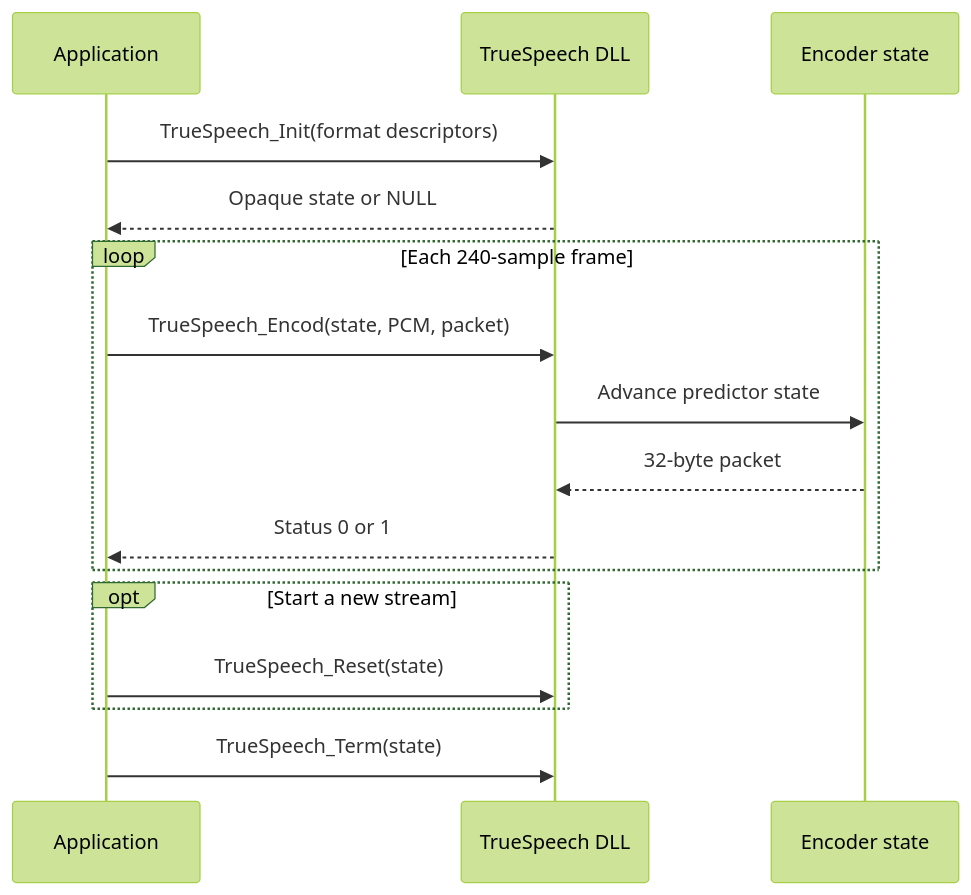
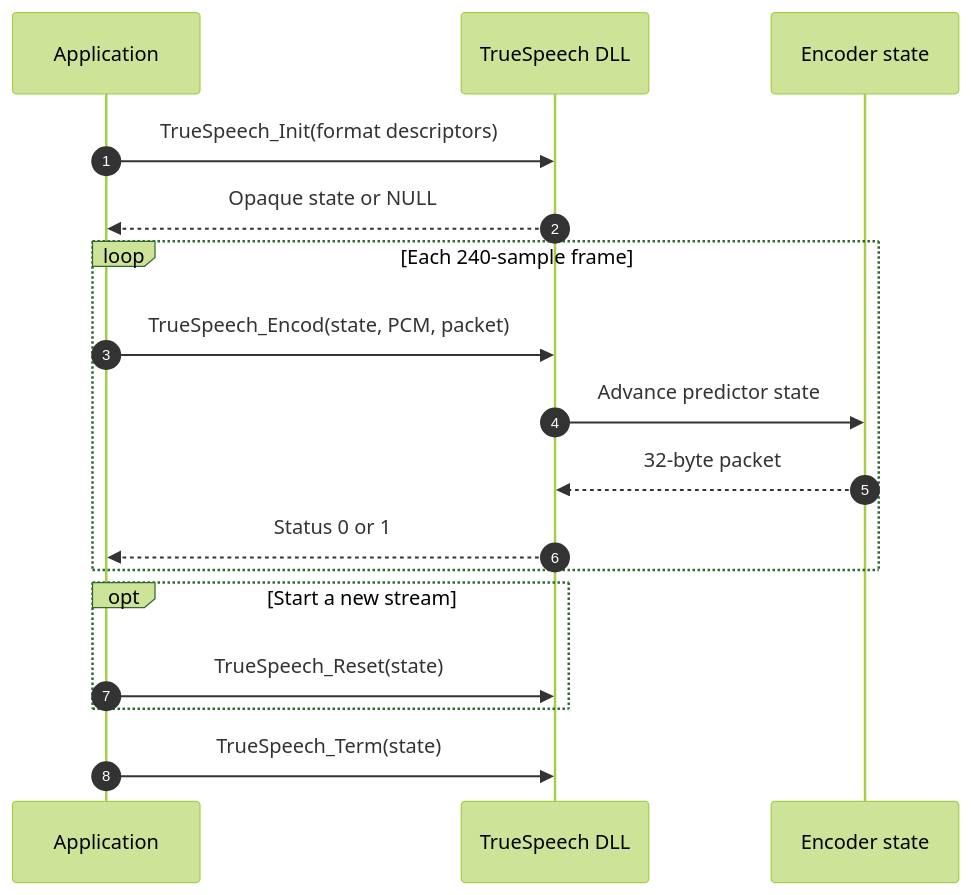
One commit to younsabood/truespeech changed the second of 2 diagrams in docs/windows-abi.md. Above: the diagram before and after it, drawn with Mermaid (forest theme). The commit also changed other lines of this file and 11 other files, not shown here.

````diff
--- a/docs/windows-abi.md
+++ b/docs/windows-abi.md
@@ -23,18 +45,19 @@
 ```mermaid
 sequenceDiagram
     participant App as Application
     participant ABI as TrueSpeech DLL
     participant State as Encoder state
+    autonumber
     App->>ABI: TrueSpeech_Init(format descriptors)
     ABI-->>App: Opaque state or NULL
     loop Each 240-sample frame
         App->>ABI: TrueSpeech_Encod(state, PCM, packet)
         ABI->>State: Advance predictor state
         State-->>ABI: 32-byte packet
         ABI-->>App: Status 0 or 1
     end
     opt Start a new stream
         App->>ABI: TrueSpeech_Reset(state)
     end
     App->>ABI: TrueSpeech_Term(state)
 ```
````
